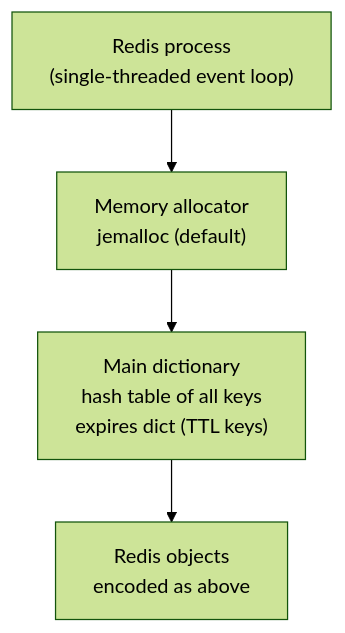
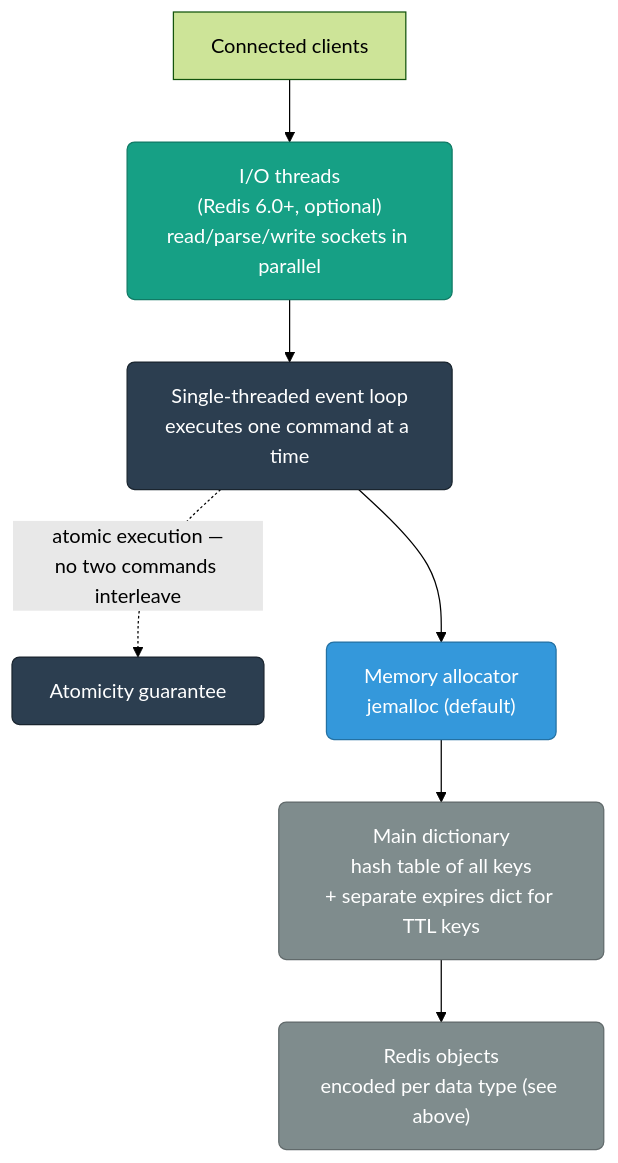
The second of 9 diagrams in databases/redis-internals.md (deepanshu-rawat6/DevOpsIndex), drawn with Mermaid (forest theme) before and after one commit. The commit also changed other lines of this file and 7 other files, not shown here.

````diff
--- a/databases/redis-internals.md
+++ b/databases/redis-internals.md
@@ -25,6 +73,14 @@
 ```mermaid
 graph TD
-    REDIS_PROC["Redis process<br>(single-threaded event loop)"] --> MEM["Memory allocator<br>jemalloc (default)"]
-    MEM --> DICT["Main dictionary<br>hash table of all keys<br>expires dict (TTL keys)"]
-    DICT --> OBJS["Redis objects<br>encoded as above"]
+    classDef io fill:#16a085,stroke:#117a65,color:#fff,rx:6
+    classDef core fill:#2c3e50,stroke:#1a252f,color:#fff,rx:6
+    classDef mem fill:#3498db,stroke:#2471a3,color:#fff,rx:6
+    classDef data fill:#7f8c8d,stroke:#616a6b,color:#fff,rx:6
+
+    CLIENTS["Connected clients"] --> IOT["I/O threads<br/>(Redis 6.0+, optional)<br/>read/parse/write sockets in parallel"]:::io
+    IOT --> LOOP["Single-threaded event loop<br/>executes one command at a time"]:::core
+    LOOP -.->|"atomic execution —<br/>no two commands interleave"| ATOMIC["Atomicity guarantee"]:::core
+    LOOP --> MEM["Memory allocator<br/>jemalloc (default)"]:::mem
+    MEM --> DICT["Main dictionary<br/>hash table of all keys<br/>+ separate expires dict for TTL keys"]:::data
+    DICT --> OBJS["Redis objects<br/>encoded per data type (see above)"]:::data
 ```
````
